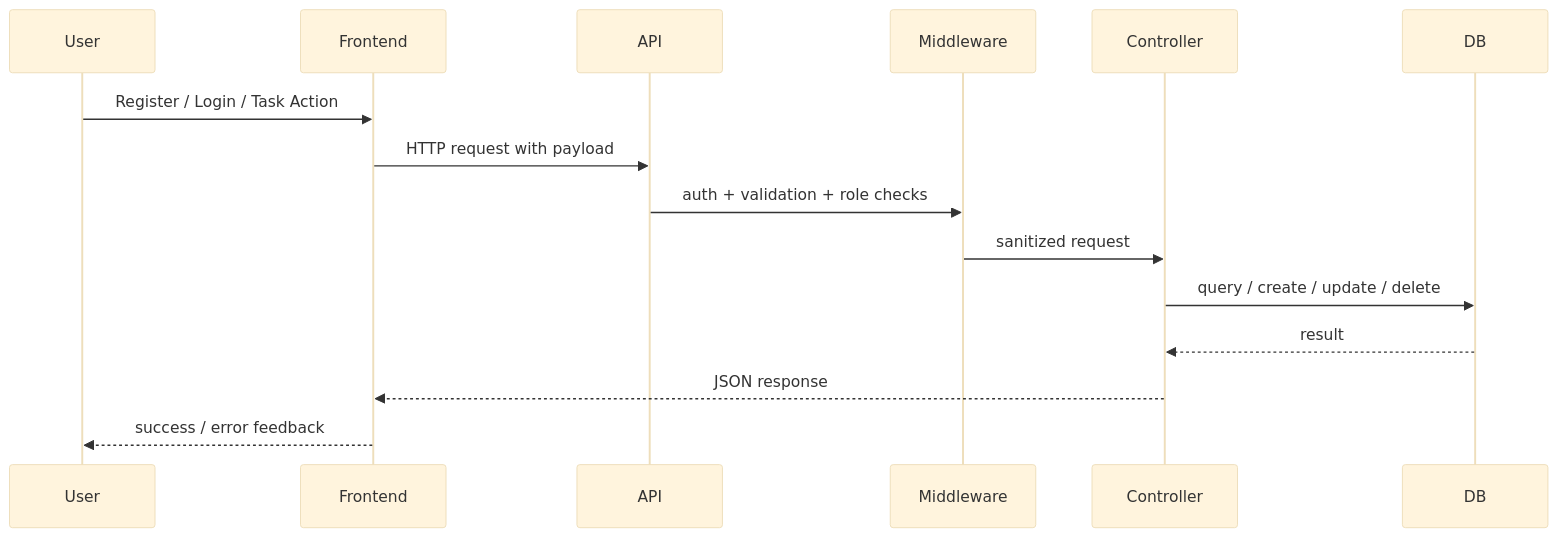
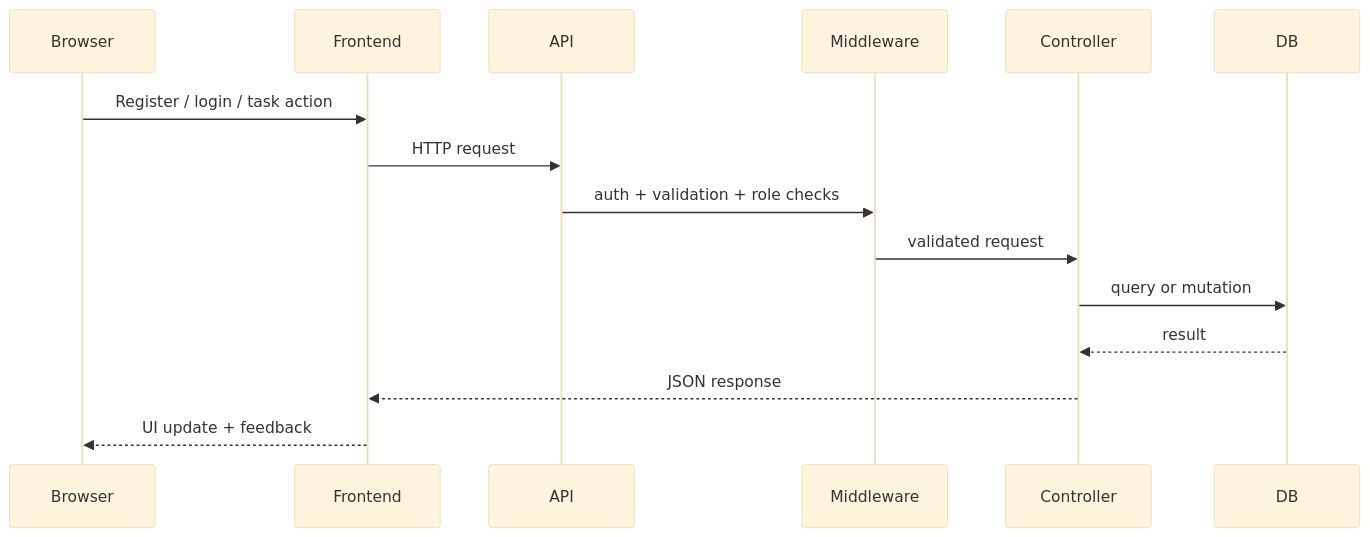
The second of 2 diagrams in README.md (adarshkshitij/Assignment), drawn with Mermaid (base theme) before and after one commit. The commit also changed other lines of this file and 7 other files, not shown here.

````diff
--- a/README.md
+++ b/README.md
@@ -58,18 +77,18 @@
 ```mermaid
 sequenceDiagram
-    participant User
+    participant Browser
     participant Frontend
     participant API
     participant Middleware
     participant Controller
     participant DB
 
-    User->>Frontend: Register / Login / Task Action
-    Frontend->>API: HTTP request with payload
+    Browser->>Frontend: Register / login / task action
+    Frontend->>API: HTTP request
     API->>Middleware: auth + validation + role checks
-    Middleware->>Controller: sanitized request
-    Controller->>DB: query / create / update / delete
+    Middleware->>Controller: validated request
+    Controller->>DB: query or mutation
     DB-->>Controller: result
     Controller-->>Frontend: JSON response
-    Frontend-->>User: success / error feedback
+    Frontend-->>Browser: UI update + feedback
 ```
````
